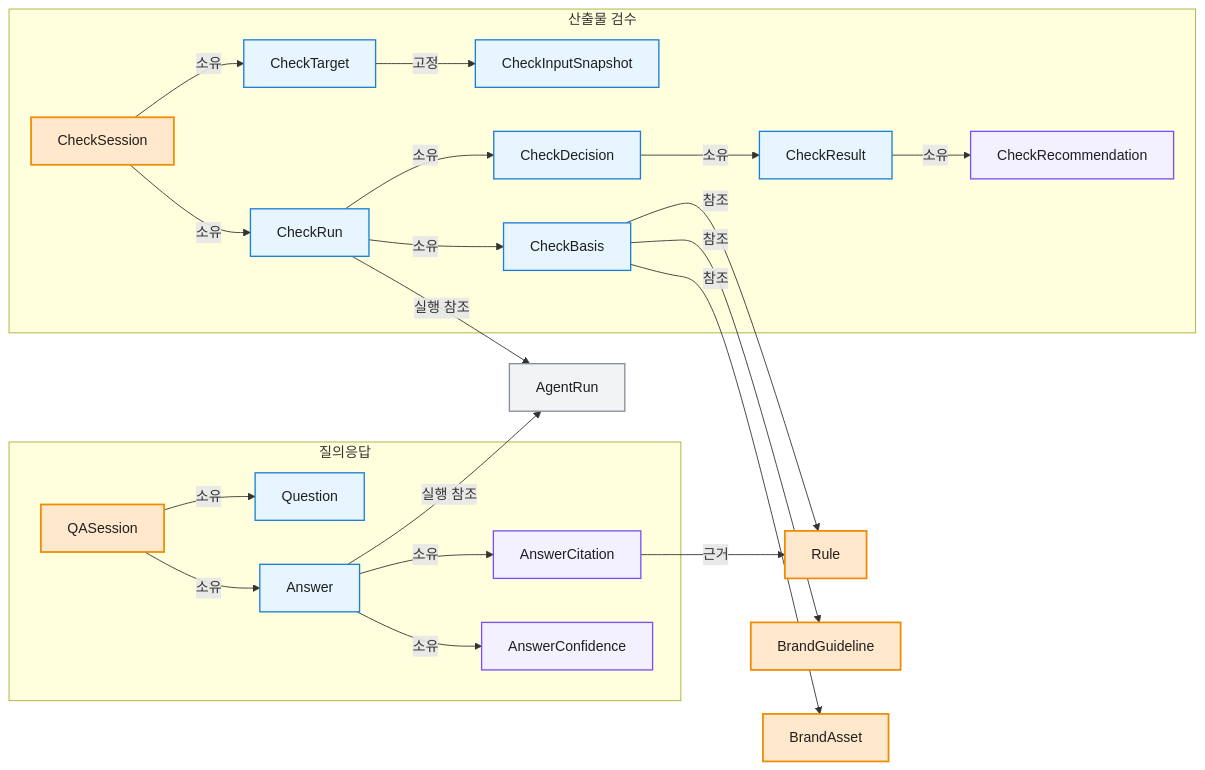
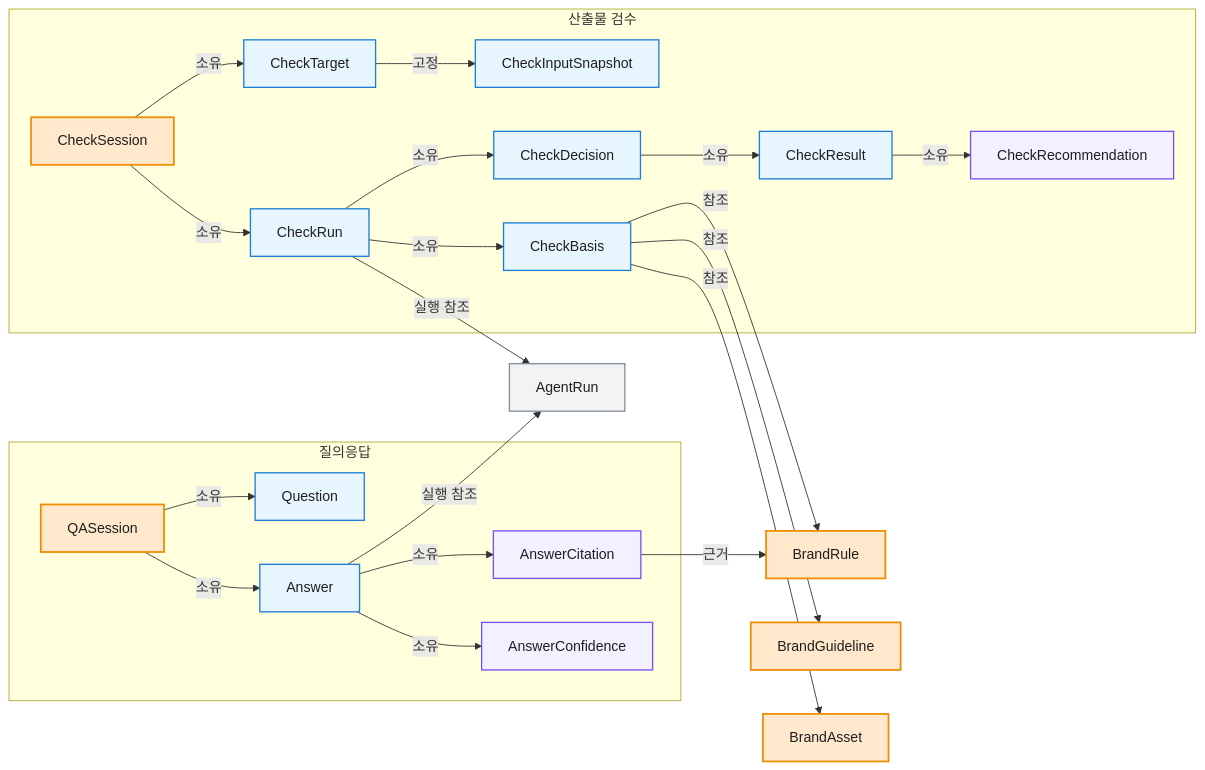
Before and after one commit to ewoooo/living-brand-system: the fifth of 5 diagrams in docs/04-domain-model.md, drawn with Mermaid. The commit also changed other lines of this file, not shown here.

Commit message:
docs: split Rule into brand-agnostic RuleSpec and per-brand BrandRule

````diff
--- a/docs/04-domain-model.md
+++ b/docs/04-domain-model.md
@@ -400,56 +409,56 @@
 ```mermaid
 flowchart LR
-  Rule["Rule"]
+  BrandRule["BrandRule"]
 
   subgraph QA["질의응답"]
     QASession["QASession"]
     Question["Question"]
     Answer["Answer"]
     AnswerCitation["AnswerCitation"]
     AnswerConfidence["AnswerConfidence"]
   end
 
   subgraph Check["산출물 검수"]
     CheckSession["CheckSession"]
     CheckTarget["CheckTarget"]
     CheckInputSnapshot["CheckInputSnapshot"]
     CheckRun["CheckRun"]
     CheckBasis["CheckBasis"]
     CheckResult["CheckResult"]
     CheckRecommendation["CheckRecommendation"]
     CheckDecision["CheckDecision"]
   end
 
   AgentRun["AgentRun"]
   BrandGuideline["BrandGuideline"]
   BrandAsset["BrandAsset"]
 
   QASession -->|"소유"| Question
   QASession -->|"소유"| Answer
   Answer -->|"소유"| AnswerCitation
   Answer -->|"소유"| AnswerConfidence
-  AnswerCitation -->|"근거"| Rule
+  AnswerCitation -->|"근거"| BrandRule
   Answer -->|"실행 참조"| AgentRun
 
   CheckSession -->|"소유"| CheckTarget
   CheckTarget -->|"고정"| CheckInputSnapshot
   CheckSession -->|"소유"| CheckRun
   CheckRun -->|"소유"| CheckBasis
   CheckBasis -->|"참조"| BrandGuideline
-  CheckBasis -->|"참조"| Rule
+  CheckBasis -->|"참조"| BrandRule
   CheckBasis -->|"참조"| BrandAsset
   CheckRun -->|"소유"| CheckDecision
   CheckDecision -->|"소유"| CheckResult
   CheckResult -->|"소유"| CheckRecommendation
   CheckRun -->|"실행 참조"| AgentRun
 
   classDef aggregate fill:#FFE8CC,stroke:#F08C00,stroke-width:2px,color:#1F1F1F;
   classDef entity fill:#E7F5FF,stroke:#1C7ED6,stroke-width:1.5px,color:#1F1F1F;
   classDef childEntity fill:#F3F0FF,stroke:#7950F2,stroke-width:1.5px,color:#1F1F1F;
   classDef record fill:#F1F3F5,stroke:#868E96,stroke-width:1.5px,color:#1F1F1F;
 
-  class QASession,CheckSession,BrandGuideline,Rule,BrandAsset aggregate;
+  class QASession,CheckSession,BrandGuideline,BrandRule,BrandAsset aggregate;
   class Question,Answer,CheckTarget,CheckInputSnapshot,CheckRun,CheckBasis,CheckDecision,CheckResult entity;
   class AnswerCitation,AnswerConfidence,CheckRecommendation childEntity;
   class AgentRun record;
 ```
````
